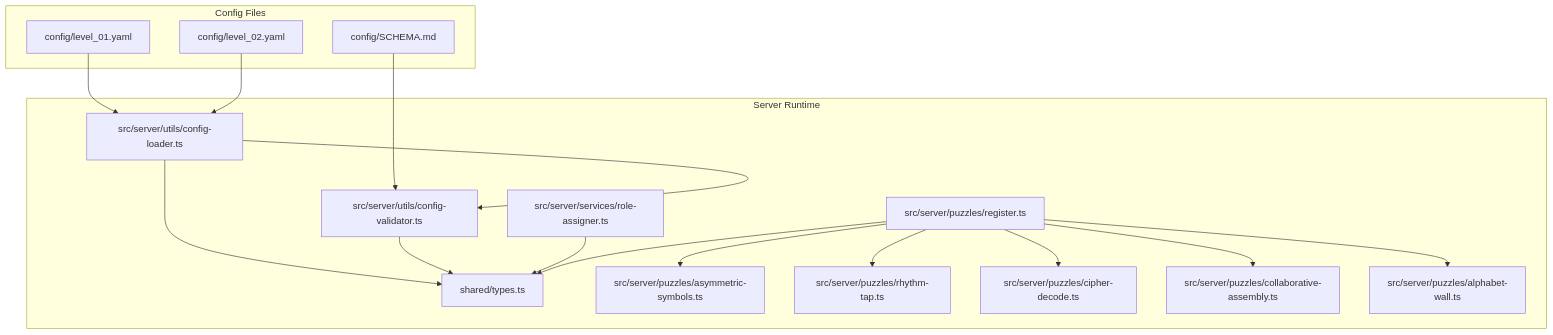
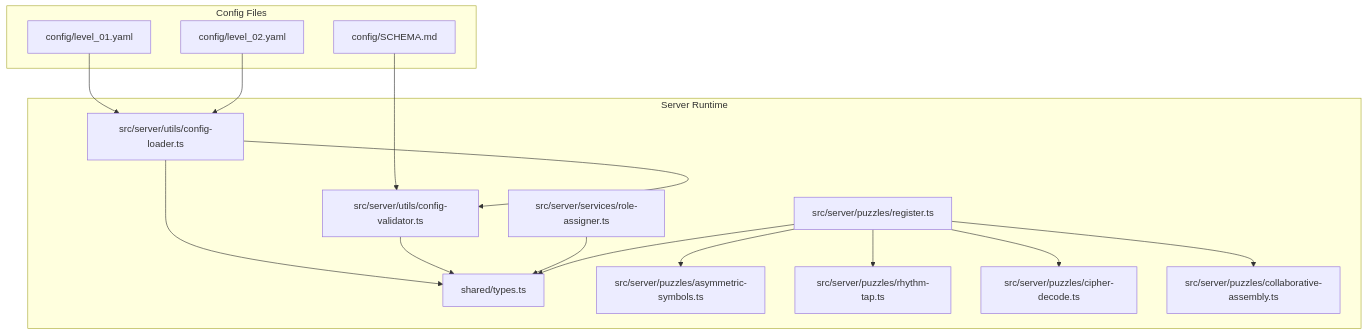
One commit to dkoukoul/escape-room-mvp changed the first of 10 diagrams in .qoder/repowiki/en/content/Configuration System.md. Above: the diagram before and after it, drawn with Mermaid. The commit also changed other lines of this file and 21 other files, not shown here.

````diff
--- a/.qoder/repowiki/en/content/Configuration System.md
+++ b/.qoder/repowiki/en/content/Configuration System.md
@@ -43,33 +54,31 @@
 ```mermaid
 graph TB
 subgraph "Config Files"
 Y1["config/level_01.yaml"]
 Y2["config/level_02.yaml"]
 MD["config/SCHEMA.md"]
 end
 subgraph "Server Runtime"
 L["src/server/utils/config-loader.ts"]
 V["src/server/utils/config-validator.ts"]
 T["shared/types.ts"]
 RA["src/server/services/role-assigner.ts"]
 REG["src/server/puzzles/register.ts"]
 PS1["src/server/puzzles/asymmetric-symbols.ts"]
 PS2["src/server/puzzles/rhythm-tap.ts"]
 PS3["src/server/puzzles/cipher-decode.ts"]
 PS4["src/server/puzzles/collaborative-assembly.ts"]
-PS5["src/server/puzzles/alphabet-wall.ts"]
 end
 Y1 --> L
 Y2 --> L
 MD --> V
 L --> V
 L --> T
 V --> T
 RA --> T
 REG --> T
 REG --> PS1
 REG --> PS2
 REG --> PS3
 REG --> PS4
-REG --> PS5
 ```
````
